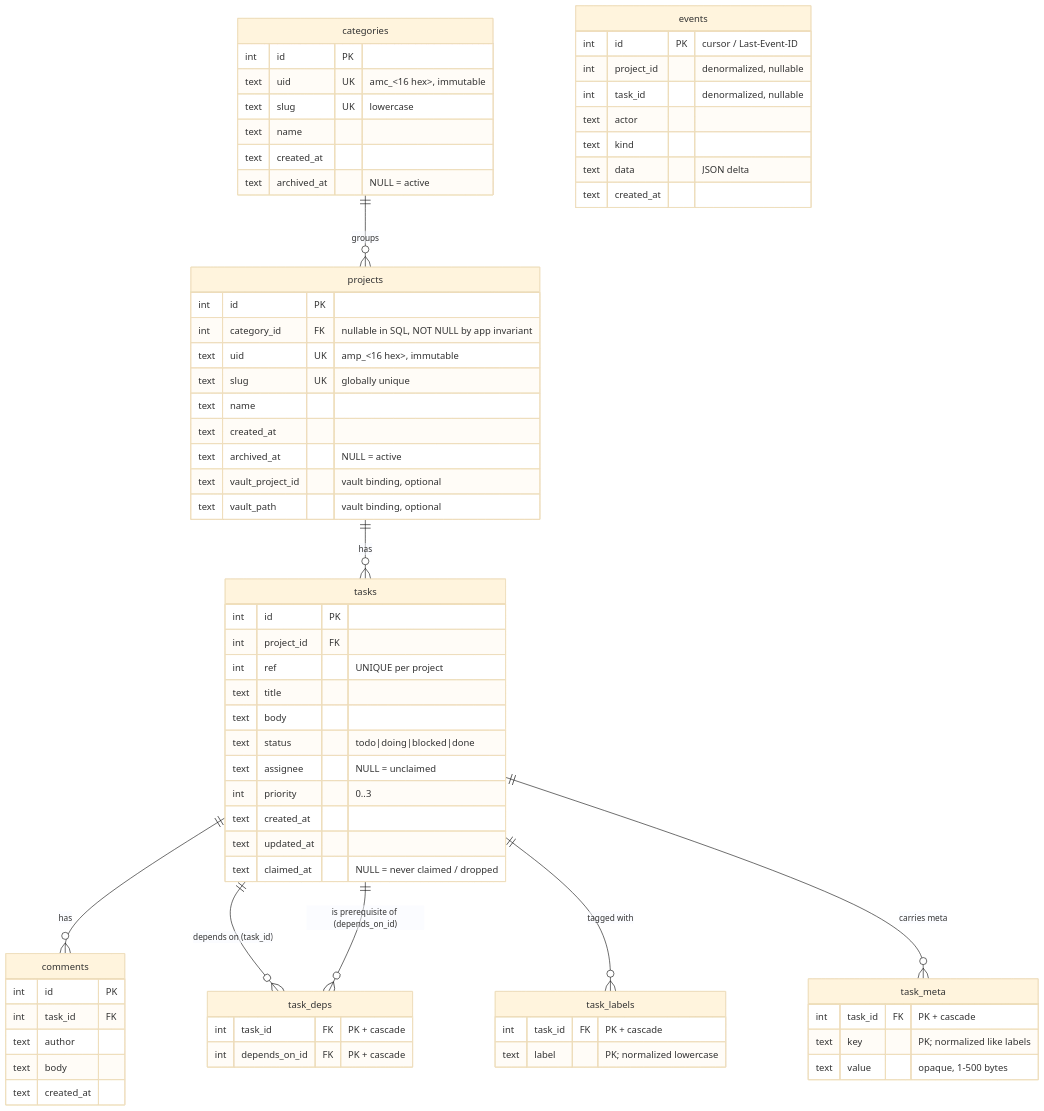
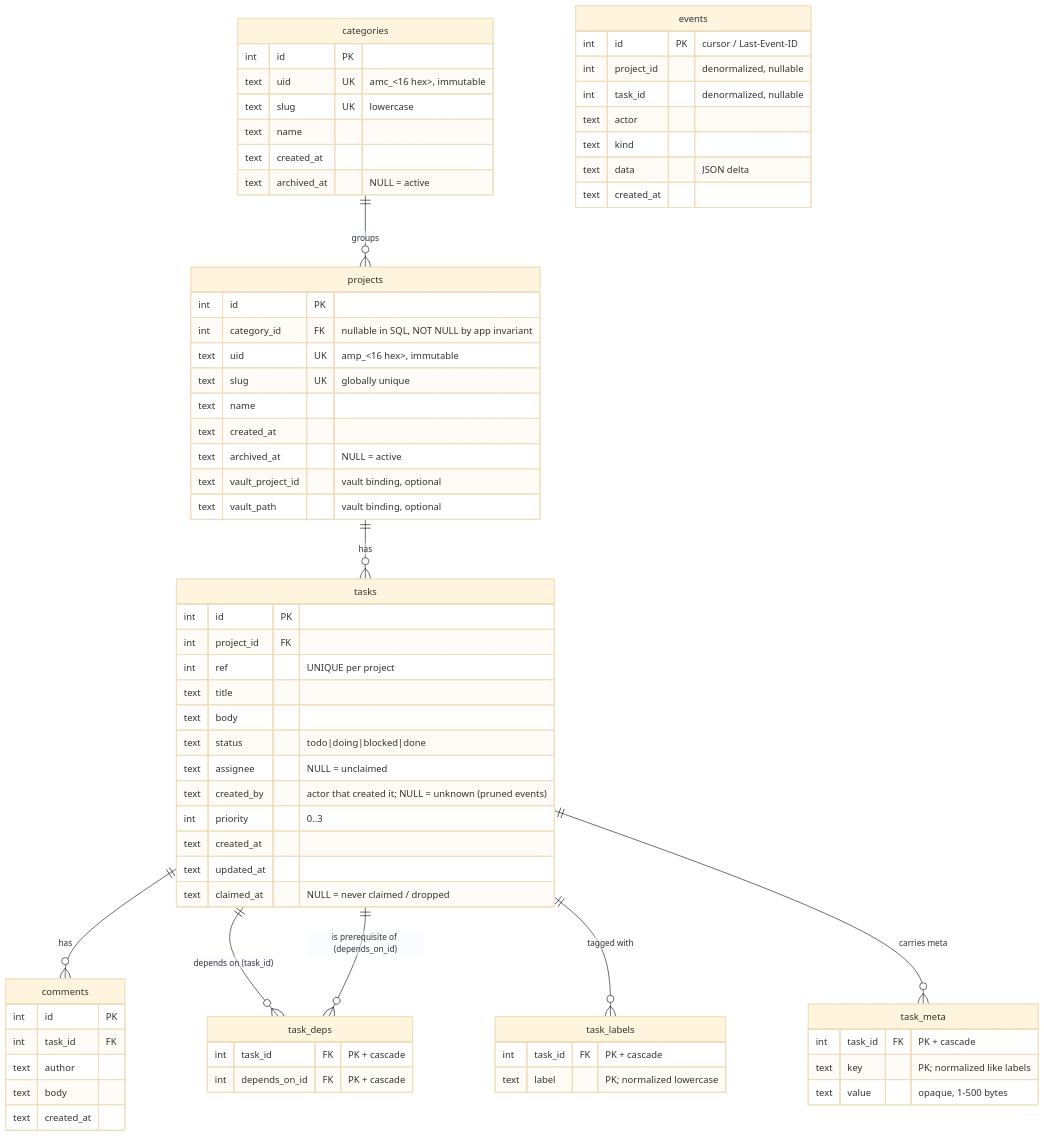
Before and after one commit to RamiAltai/agentman: the diagram in architecture/data-model.md, drawn with Mermaid (base theme). The commit also changed other lines of this file and 15 other files, not shown here.

````diff
--- a/architecture/data-model.md
+++ b/architecture/data-model.md
@@ -277,71 +297,72 @@
 ```mermaid
 erDiagram
   categories ||--o{ projects : "groups"
   projects ||--o{ tasks : "has"
   tasks ||--o{ comments : "has"
   tasks ||--o{ task_deps : "depends on (task_id)"
   tasks ||--o{ task_deps : "is prerequisite of (depends_on_id)"
   tasks ||--o{ task_labels : "tagged with"
   tasks ||--o{ task_meta : "carries meta"
   categories {
     int id PK
     text uid UK "amc_<16 hex>, immutable"
     text slug UK "lowercase"
     text name
     text created_at
     text archived_at "NULL = active"
   }
   projects {
     int id PK
     int category_id FK "nullable in SQL, NOT NULL by app invariant"
     text uid UK "amp_<16 hex>, immutable"
     text slug UK "globally unique"
     text name
     text created_at
     text archived_at "NULL = active"
     text vault_project_id "vault binding, optional"
     text vault_path "vault binding, optional"
   }
   tasks {
     int id PK
     int project_id FK
     int ref "UNIQUE per project"
     text title
     text body
     text status "todo|doing|blocked|done"
     text assignee "NULL = unclaimed"
+    text created_by "actor that created it; NULL = unknown (pruned events)"
     int priority "0..3"
     text created_at
     text updated_at
     text claimed_at "NULL = never claimed / dropped"
   }
   task_deps {
     int task_id FK "PK + cascade"
     int depends_on_id FK "PK + cascade"
   }
   task_labels {
     int task_id FK "PK + cascade"
     text label "PK; normalized lowercase"
   }
   task_meta {
     int task_id FK "PK + cascade"
     text key "PK; normalized like labels"
     text value "opaque, 1-500 bytes"
   }
   comments {
     int id PK
     int task_id FK
     text author
     text body
     text created_at
   }
   events {
     int id PK "cursor / Last-Event-ID"
     int project_id "denormalized, nullable"
     int task_id "denormalized, nullable"
     text actor
     text kind
     text data "JSON delta"
     text created_at
   }
 ```
````
